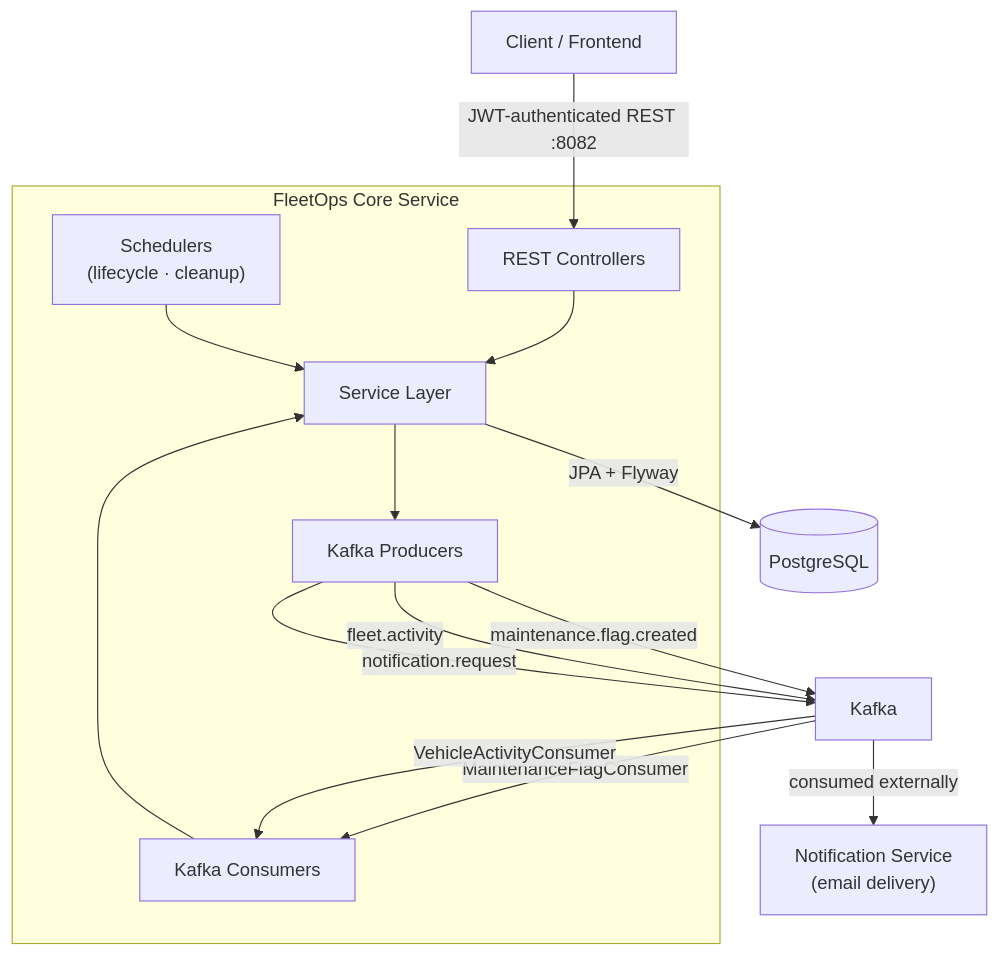
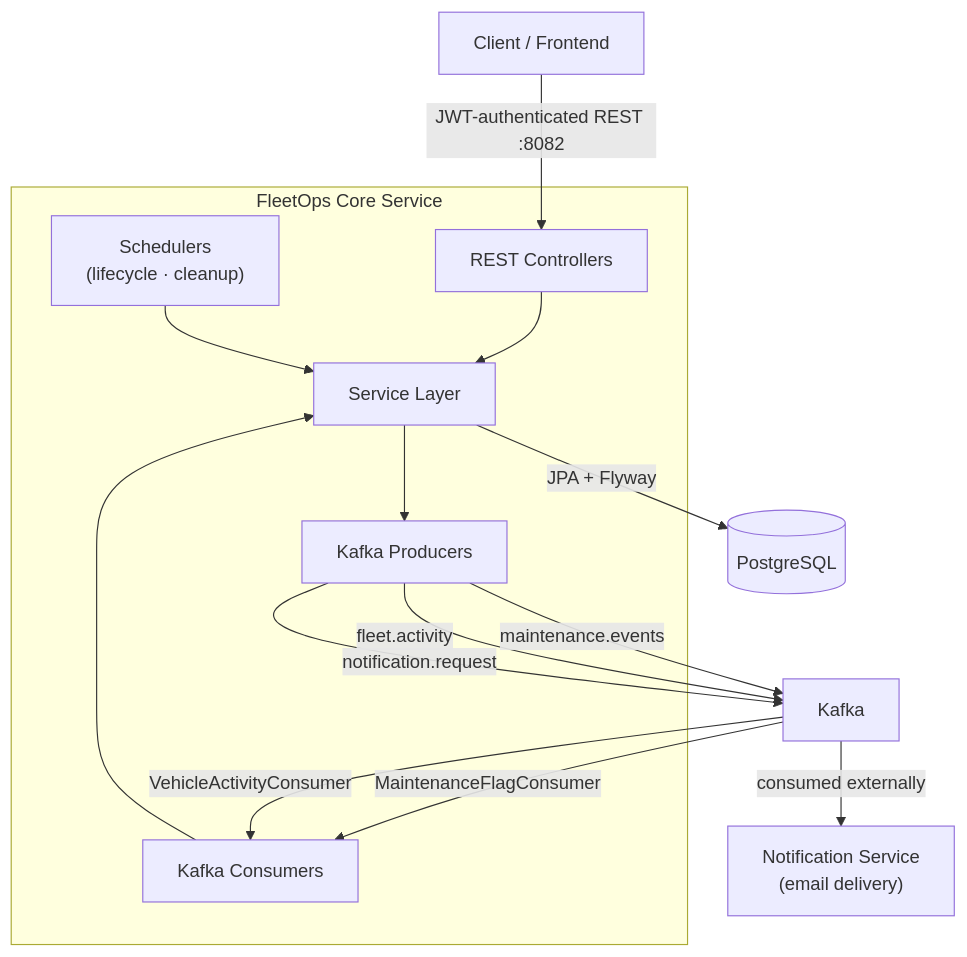
Before and after one commit to samuelgbenga/fleetOps-core-service: the diagram in ARCHITECTURE.md, drawn with Mermaid. The commit also changed other lines of this file and 1 other file, not shown here.

````diff
--- a/ARCHITECTURE.md
+++ b/ARCHITECTURE.md
@@ -11,27 +11,27 @@
 ```mermaid
 graph TD
     Client["Client / Frontend"] -->|"JWT-authenticated REST :8082"| API
 
     subgraph "FleetOps Core Service"
         API["REST Controllers"]
         SVC["Service Layer"]
         SCH["Schedulers\n(lifecycle · cleanup)"]
         PROD["Kafka Producers"]
         CONS["Kafka Consumers"]
         API --> SVC
         SVC --> PROD
         SCH --> SVC
     end
 
     SVC -->|JPA + Flyway| DB[(PostgreSQL)]
 
-    PROD -->|"maintenance.flag.created"| K1[Kafka]
+    PROD -->|"maintenance.events"| K1[Kafka]
     PROD -->|"fleet.activity"| K1
     PROD -->|"notification.request"| K1
 
     K1 -->|MaintenanceFlagConsumer| CONS
     K1 -->|VehicleActivityConsumer| CONS
     CONS --> SVC
 
     K1 -->|consumed externally| NS["Notification Service\n(email delivery)"]
 ```
````
